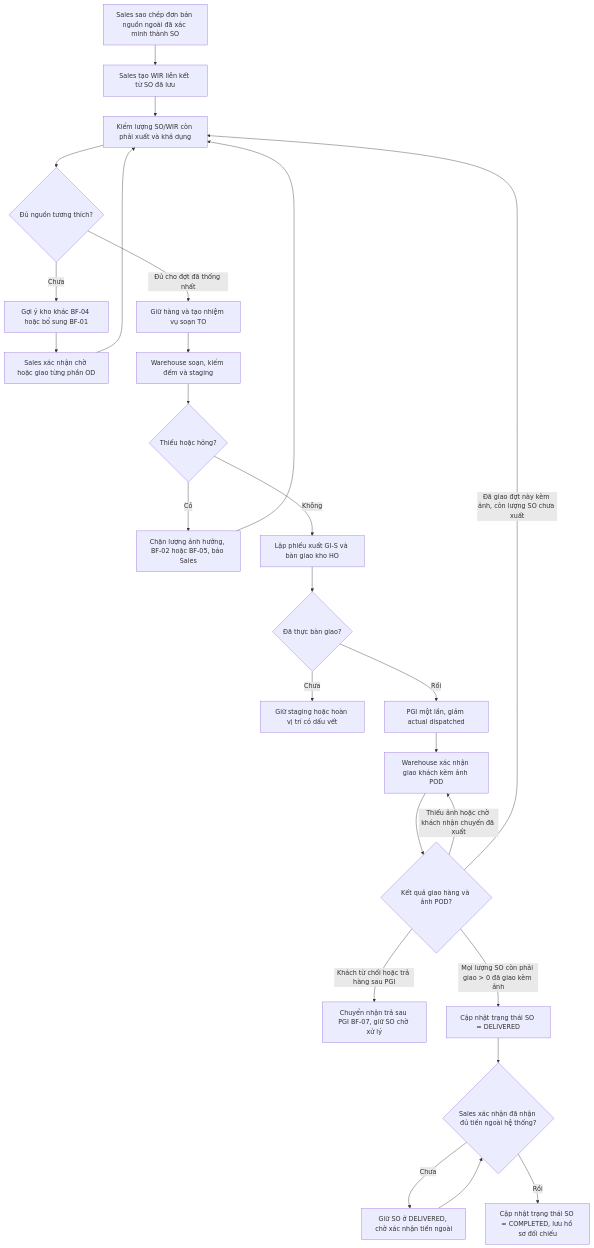
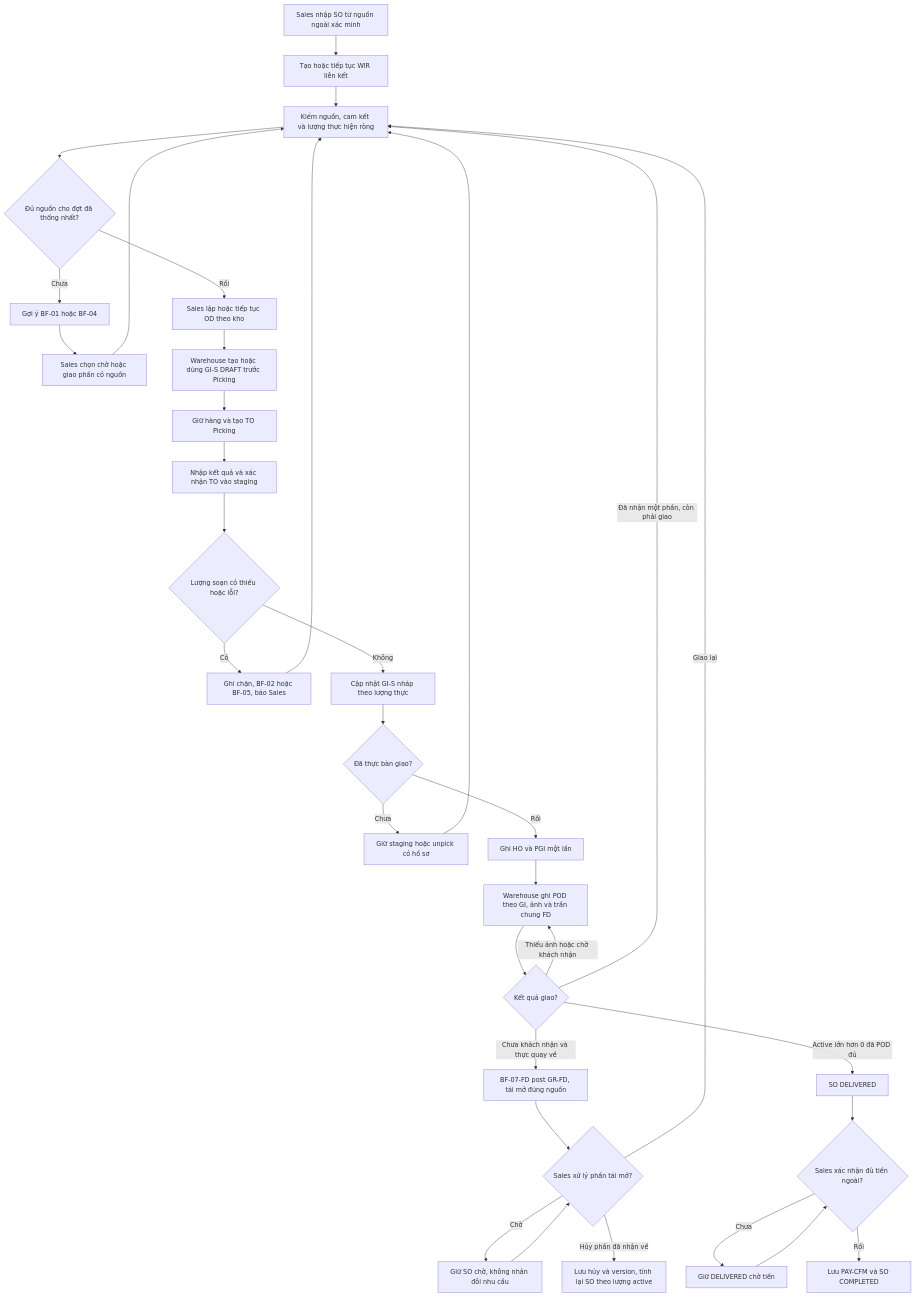
One commit to minhbach032003/docs_doan changed the seventh of 9 diagrams in docs/02_nghiep_vu/de_xuat_quy_trinh_2_VI.md. Above: the diagram before and after it, drawn with Mermaid. The commit also changed other lines of this file and 3 other files, not shown here.

````diff
--- a/docs/02_nghiep_vu/de_xuat_quy_trinh_2_VI.md
+++ b/docs/02_nghiep_vu/de_xuat_quy_trinh_2_VI.md
@@ -755,28 +782,36 @@
 ```mermaid
 flowchart TD
- A[Sales sao chép đơn bán nguồn ngoài đã xác minh thành SO] --> A2[Sales tạo WIR liên kết từ SO đã lưu]
- A2 --> B[Kiểm lượng SO/WIR còn phải xuất và khả dụng]
- B --> C{Đủ nguồn tương thích?}
- C -->|Chưa| D[Gợi ý kho khác BF-04 hoặc bổ sung BF-01]
- D --> E[Sales xác nhận chờ hoặc giao từng phần OD]
+ A[Sales nhập SO từ nguồn ngoài xác minh] --> A2[Tạo hoặc tiếp tục WIR liên kết]
+ A2 --> B[Kiểm nguồn, cam kết và lượng thực hiện ròng]
+ B --> C{Đủ nguồn cho đợt đã thống nhất?}
+ C -->|Chưa| D[Gợi ý BF-01 hoặc BF-04]
+ D --> E[Sales chọn chờ hoặc giao phần có nguồn]
  E --> B
- C -->|Đủ cho đợt đã thống nhất| F[Giữ hàng và tạo nhiệm vụ soạn TO]
- F --> G[Warehouse soạn, kiểm đếm và staging]
- G --> H{Thiếu hoặc hỏng?}
- H -->|Có| I[Chặn lượng ảnh hưởng, BF-02 hoặc BF-05, báo Sales]
+ C -->|Rồi| F0[Sales lập hoặc tiếp tục OD theo kho]
+ F0 --> F1[Warehouse tạo hoặc dùng GI-S DRAFT trước Picking]
+ F1 --> F[Giữ hàng và tạo TO Picking]
+ F --> G[Nhập kết quả và xác nhận TO vào staging]
+ G --> H{Lượng soạn có thiếu hoặc lỗi?}
+ H -->|Có| I[Ghi chặn, BF-02 hoặc BF-05, báo Sales]
  I --> B
- H -->|Không| J[Lập phiếu xuất GI-S và bàn giao kho HO]
+ H -->|Không| J[Cập nhật GI-S nháp theo lượng thực]
  J --> K{Đã thực bàn giao?}
- K -->|Chưa| L[Giữ staging hoặc hoàn vị trí có dấu vết]
- K -->|Rồi| M[PGI một lần, giảm actual dispatched]
- M --> N[Warehouse xác nhận giao khách kèm ảnh POD]
- N --> O{Kết quả giao hàng và ảnh POD?}
- O -->|Thiếu ảnh hoặc chờ khách nhận chuyến đã xuất| N
- O -->|Khách từ chối hoặc trả hàng sau PGI| O2[Chuyển nhận trả sau PGI BF-07, giữ SO chờ xử lý]
- O -->|Đã giao đợt này kèm ảnh, còn lượng SO chưa xuất| B
- O -->|Mọi lượng SO còn phải giao > 0 đã giao kèm ảnh| P[Cập nhật trạng thái SO = DELIVERED]
- P --> Q{Sales xác nhận đã nhận đủ tiền ngoài hệ thống?}
- Q -->|Chưa| R[Giữ SO ở DELIVERED, chờ xác nhận tiền ngoài]
+ K -->|Chưa| L[Giữ staging hoặc unpick có hồ sơ]
+ L --> B
+ K -->|Rồi| M[Ghi HO và PGI một lần]
+ M --> N[Warehouse ghi POD theo GI, ảnh và trần chung FD]
+ N --> O{Kết quả giao?}
+ O -->|Thiếu ảnh hoặc chờ khách nhận| N
+ O -->|Chưa khách nhận và thực quay về| O2[BF-07-FD post GR-FD, tái mở đúng nguồn]
+ O2 --> O3{Sales xử lý phần tái mở?}
+ O3 -->|Giao lại| B
+ O3 -->|Chờ| O4[Giữ SO chờ, không nhân đôi nhu cầu]
+ O4 --> O3
+ O3 -->|Hủy phần đã nhận về| O5[Lưu hủy và version, tính lại SO theo lượng active]
+ O -->|Đã nhận một phần, còn phải giao| B
+ O -->|Active lớn hơn 0 đã POD đủ| P[SO DELIVERED]
+ P --> Q{Sales xác nhận đủ tiền ngoài?}
+ Q -->|Chưa| R[Giữ DELIVERED chờ tiền]
  R --> Q
- Q -->|Rồi| S[Cập nhật trạng thái SO = COMPLETED, lưu hồ sơ đối chiếu]
+ Q -->|Rồi| S[Lưu PAY-CFM và SO COMPLETED]
 ```
````
